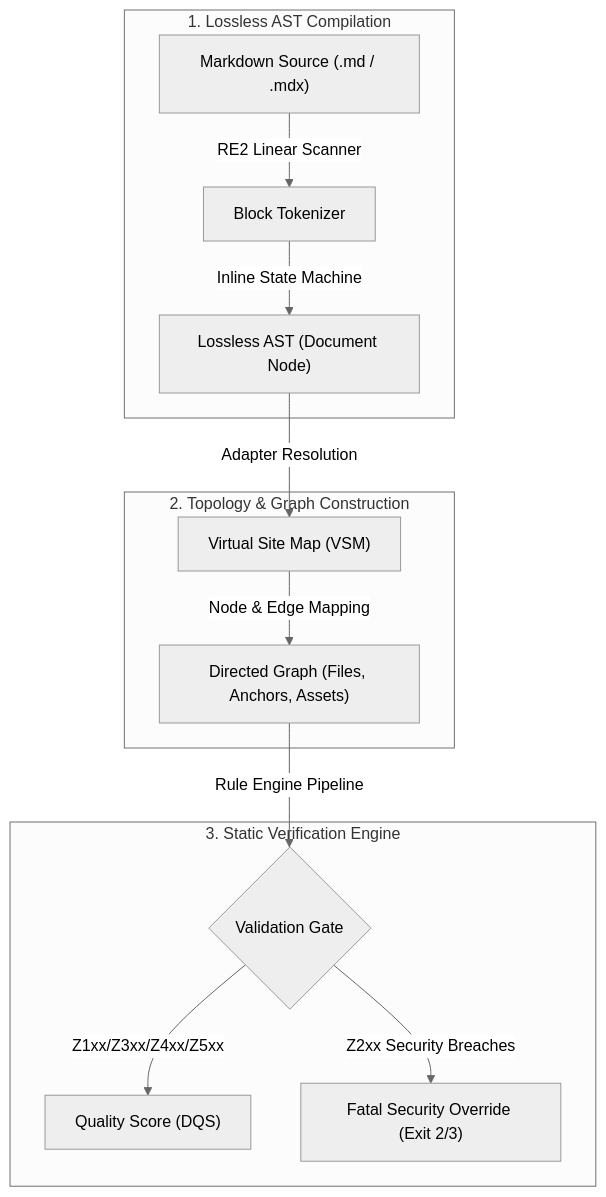
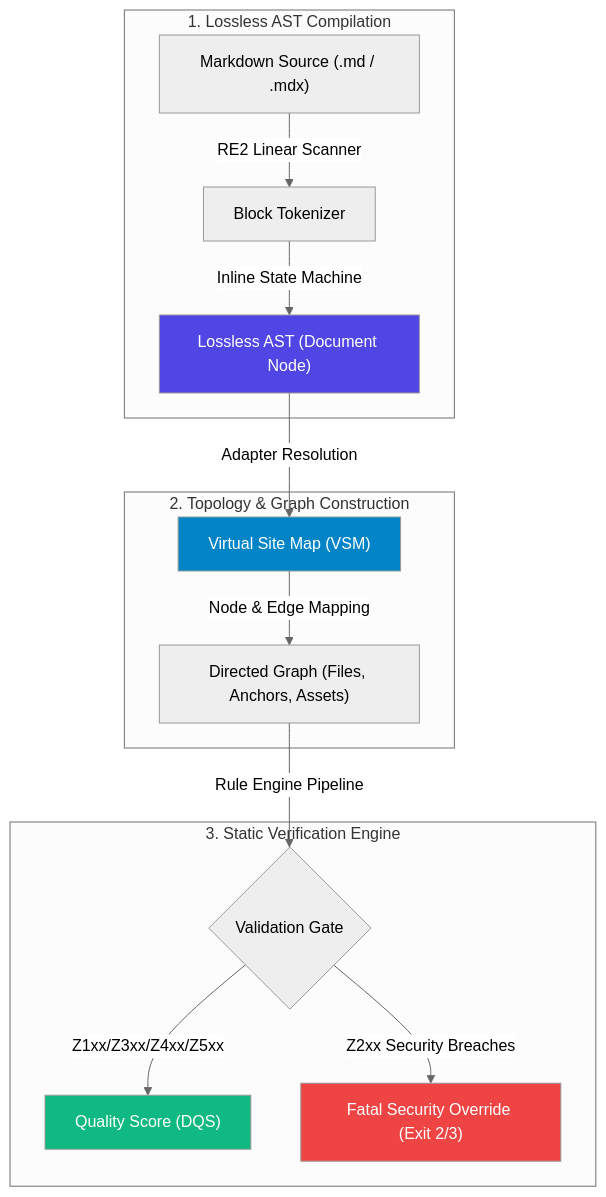
One commit to PythonWoods-Dev/zenzic changed the diagram in docs/developers/reference/ast-foundations.md. Above: the diagram before and after it, drawn with Mermaid (neutral theme). The commit also changed 6 other files, not shown here.

First line of the commit message:
docs(ui): harmonize mermaid diagram styles and suppression governance cards (#219)

````diff
--- a/docs/developers/reference/ast-foundations.md
+++ b/docs/developers/reference/ast-foundations.md
@@ -46,18 +46,23 @@
 ```mermaid
 flowchart TD
     subgraph Compilation ["1. Lossless AST Compilation"]
         A["Markdown Source (.md / .mdx)"] -->|RE2 Linear Scanner| B["Block Tokenizer"]
         B -->|Inline State Machine| C["Lossless AST (Document Node)"]
     end
 
     subgraph Graph ["2. Topology & Graph Construction"]
         C -->|Adapter Resolution| D["Virtual Site Map (VSM)"]
         D -->|Node & Edge Mapping| E["Directed Graph (Files, Anchors, Assets)"]
     end
 
     subgraph Verification ["3. Static Verification Engine"]
         E -->|Rule Engine Pipeline| F{"Validation Gate"}
         F -->|Z1xx/Z3xx/Z4xx/Z5xx| G["Quality Score (DQS)"]
         F -->|Z2xx Security Breaches| H["Fatal Security Override (Exit 2/3)"]
     end
+
+    style C fill:#4f46e5,color:#fff
+    style D fill:#0284c7,color:#fff
+    style G fill:#10b981,color:#fff
+    style H fill:#ef4444,color:#fff
 ```
````
